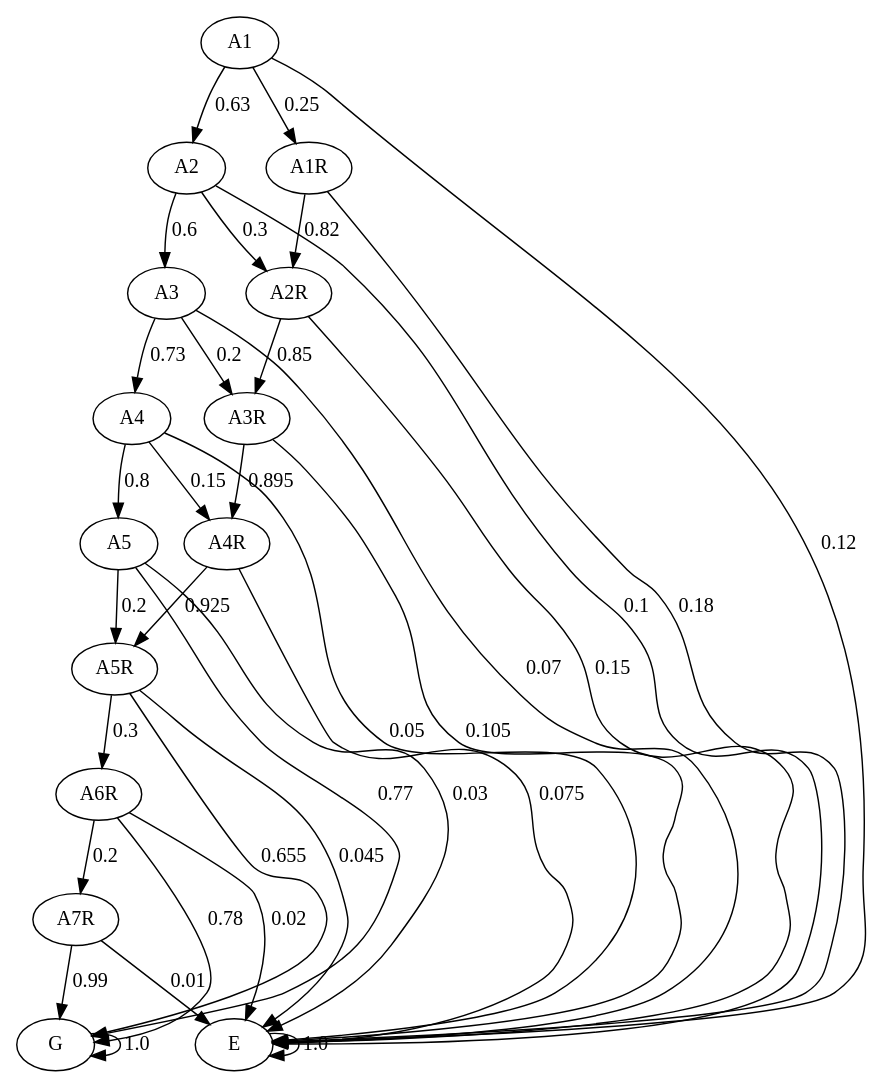
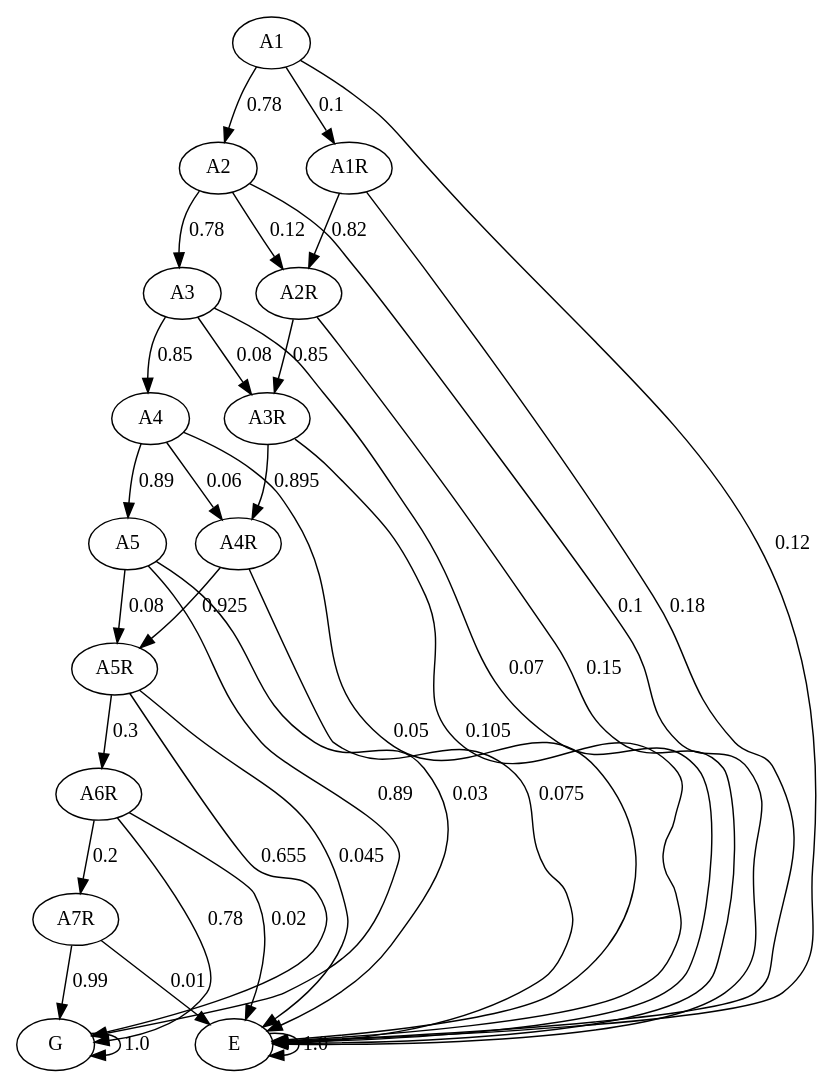
Before and after one commit to JulianaFerreira/educacao: the diagram in graph/markov.dot, drawn with Graphviz. The commit also changed 16 other files, not shown here.

```diff
--- a/graph/markov.dot
+++ b/graph/markov.dot
@@ -1,49 +1,49 @@
 digraph  {
 A1;
 A2;
 A3;
 A4;
 A5;
 A1R;
 A2R;
 A3R;
 A4R;
 A5R;
 A6R;
 A7R;
 G;
 E;
-A1 -> A2  [key=0, label="0.63", weight="0.63"];
-A1 -> A1R  [key=0, label="0.25", weight="0.25"];
+A1 -> A2  [key=0, label="0.78", weight="0.78"];
+A1 -> A1R  [key=0, label="0.1", weight="0.1"];
 A1 -> E  [key=0, label="0.12", weight="0.12"];
-A2 -> A3  [key=0, label="0.6", weight="0.6"];
-A2 -> A2R  [key=0, label="0.3", weight="0.3"];
+A2 -> A3  [key=0, label="0.78", weight="0.78"];
+A2 -> A2R  [key=0, label="0.12", weight="0.12"];
 A2 -> E  [key=0, label="0.1", weight="0.1"];
-A3 -> A4  [key=0, label="0.73", weight="0.73"];
-A3 -> A3R  [key=0, label="0.2", weight="0.2"];
+A3 -> A4  [key=0, label="0.85", weight="0.85"];
+A3 -> A3R  [key=0, label="0.08", weight="0.08"];
 A3 -> E  [key=0, label="0.07", weight="0.07"];
-A4 -> A5  [key=0, label="0.8", weight="0.8"];
-A4 -> A4R  [key=0, label="0.15", weight="0.15"];
+A4 -> A5  [key=0, label="0.89", weight="0.89"];
+A4 -> A4R  [key=0, label="0.06", weight="0.06"];
 A4 -> E  [key=0, label="0.05", weight="0.05"];
-A5 -> A5R  [key=0, label="0.2", weight="0.2"];
-A5 -> G  [key=0, label="0.77", weight="0.77"];
+A5 -> A5R  [key=0, label="0.08", weight="0.08"];
+A5 -> G  [key=0, label="0.89", weight="0.89"];
 A5 -> E  [key=0, label="0.03", weight="0.03"];
 A1R -> A2R  [key=0, label="0.82", weight="0.82"];
 A1R -> E  [key=0, label="0.18", weight="0.18"];
 A2R -> A3R  [key=0, label="0.85", weight="0.85"];
 A2R -> E  [key=0, label="0.15", weight="0.15"];
 A3R -> A4R  [key=0, label="0.895", weight="0.895"];
 A3R -> E  [key=0, label="0.105", weight="0.105"];
 A4R -> A5R  [key=0, label="0.925", weight="0.925"];
 A4R -> E  [key=0, label="0.075", weight="0.075"];
 A5R -> A6R  [key=0, label="0.3", weight="0.3"];
 A5R -> G  [key=0, label="0.655", weight="0.655"];
 A5R -> E  [key=0, label="0.045", weight="0.045"];
 A6R -> A7R  [key=0, label="0.2", weight="0.2"];
 A6R -> G  [key=0, label="0.78", weight="0.78"];
 A6R -> E  [key=0, label="0.02", weight="0.02"];
 A7R -> G  [key=0, label="0.99", weight="0.99"];
 A7R -> E  [key=0, label="0.01", weight="0.01"];
 G -> G  [key=0, label="1.0", weight="1.0"];
 E -> E  [key=0, label="1.0", weight="1.0"];
 }
```
